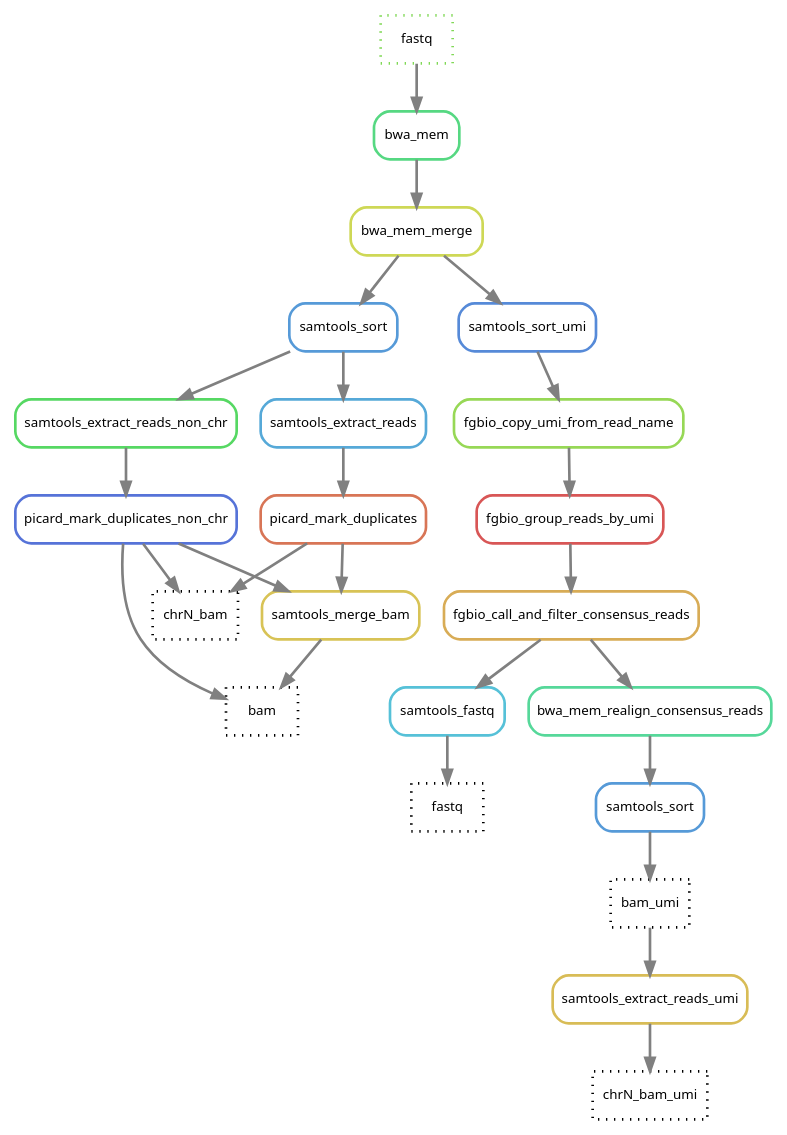
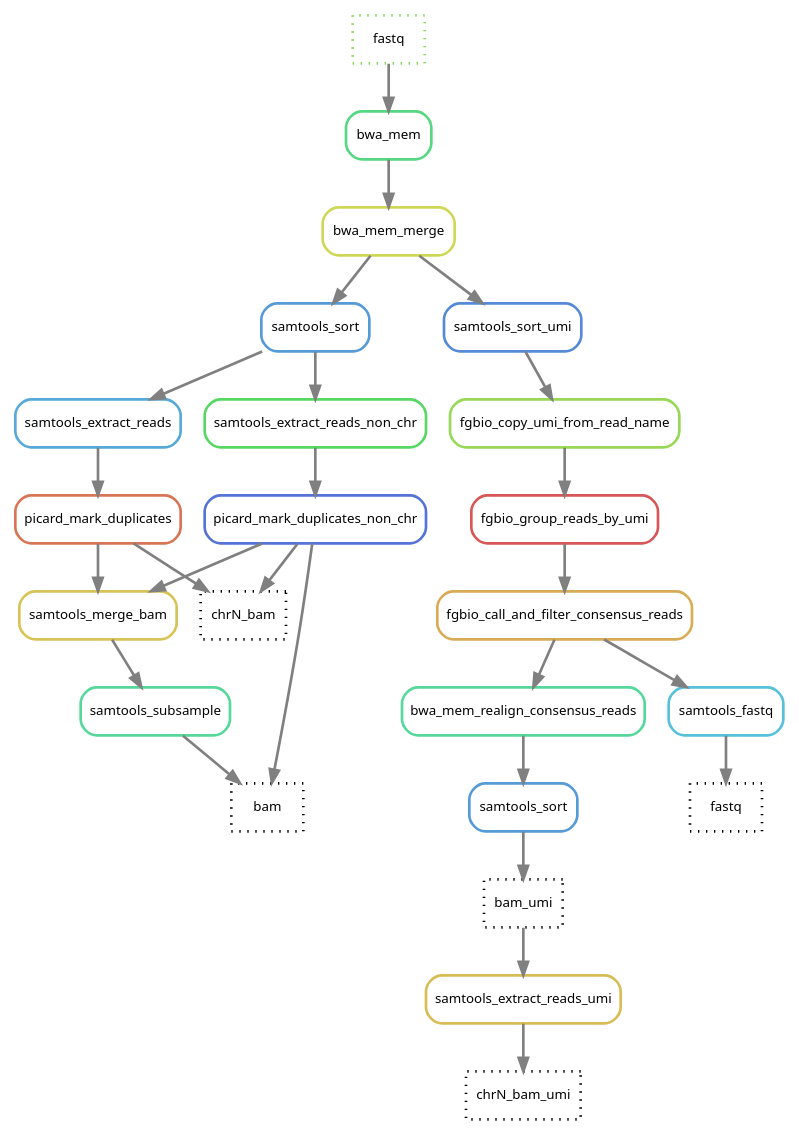
One commit to hydra-genetics/alignment changed the diagram in docs/images/alignment.dna.dot. Above: the diagram before and after it, drawn with Graphviz. The commit also changed 11 other files, not shown here.

```diff
--- a/docs/images/alignment.dna.dot
+++ b/docs/images/alignment.dna.dot
@@ -1,52 +1,54 @@
 digraph snakemake_dag {
     graph[bgcolor=white, margin=0];
     node[shape=box, style=rounded, fontname=sans,                 fontsize=10, penwidth=2];
     edge[penwidth=2, color=grey];
 	0[label = "fastq", color = "0.28 0.6 0.85", style="dotted"];
 	61[label = "fastq", color = "0.0 0.0 0.0", style="dotted"];
 
 	41[label = "samtools_sort", color = "0.58 0.6 0.85", style="rounded"];
 	42[label = "samtools_sort", color = "0.58 0.6 0.85", style="rounded"];
 	2[label = "samtools_merge_bam", color = "0.14 0.6 0.85", style="rounded"];
 	3[label = "picard_mark_duplicates", color = "0.04 0.6 0.85", style="rounded"];
 	4[label = "samtools_extract_reads", color = "0.56 0.6 0.85", style="rounded"];
 	51[label = "samtools_extract_reads_umi", color = "0.13 0.6 0.85", style="rounded"];
 	5[label = "bwa_mem_merge", color = "0.18 0.6 0.85", style="rounded"];
 	6[label = "bwa_mem", color = "0.39 0.6 0.85", style="rounded"];
 	8[label = "picard_mark_duplicates_non_chr", color = "0.63 0.6 0.85", style="rounded"];
 	9[label = "samtools_extract_reads_non_chr", color = "0.35 0.6 0.85", style="rounded"];
 	10[label = "bwa_mem_realign_consensus_reads", color = "0.42 0.6 0.85", style="rounded"];
 	11[label = "fgbio_call_and_filter_consensus_reads", color = "0.11 0.6 0.85", style="rounded"];
 	12[label = "fgbio_group_reads_by_umi", color = "0.00 0.6 0.85", style="rounded"];
 	13[label = "fgbio_copy_umi_from_read_name", color = "0.25 0.6 0.85", style="rounded"];
 	14[label = "samtools_sort_umi", color = "0.60 0.6 0.85", style="rounded"];
 	15[label = "samtools_fastq", color = "0.53 0.6 0.85", style="rounded"];
 	20[label = "bam", color = "0.0 0.0 0.0", style="dotted"];
 	21[label = "bam_umi", color = "0.0 0.0 0.0", style="dotted"];
 	30[label = "chrN_bam", color = "0.0 0.0 0.0", style="dotted"];
 	31[label = "chrN_bam_umi", color = "0.0 0.0 0.0", style="dotted"];
+	32[label = "samtools_subsample", color = "0.42 0.6 0.85", style="rounded"];
 	0 -> 6
 	15 -> 61
 	5 -> 41
-	2 -> 20
+	32 -> 20
+	2 -> 32
 	10 -> 42
 	8 -> 20
 	3 -> 2
 	8 -> 2
 	3 -> 30
 	8 -> 30
 	4 -> 3
 	41 -> 4
 	6 -> 5
 	9 -> 8
 	41 -> 9
 	11 -> 10
 	12 -> 11
 	13 -> 12
 	14 -> 13
 	5 -> 14
 	11 -> 15
 	42 -> 21
 	21 -> 51
 	51 -> 31
 }            
```
